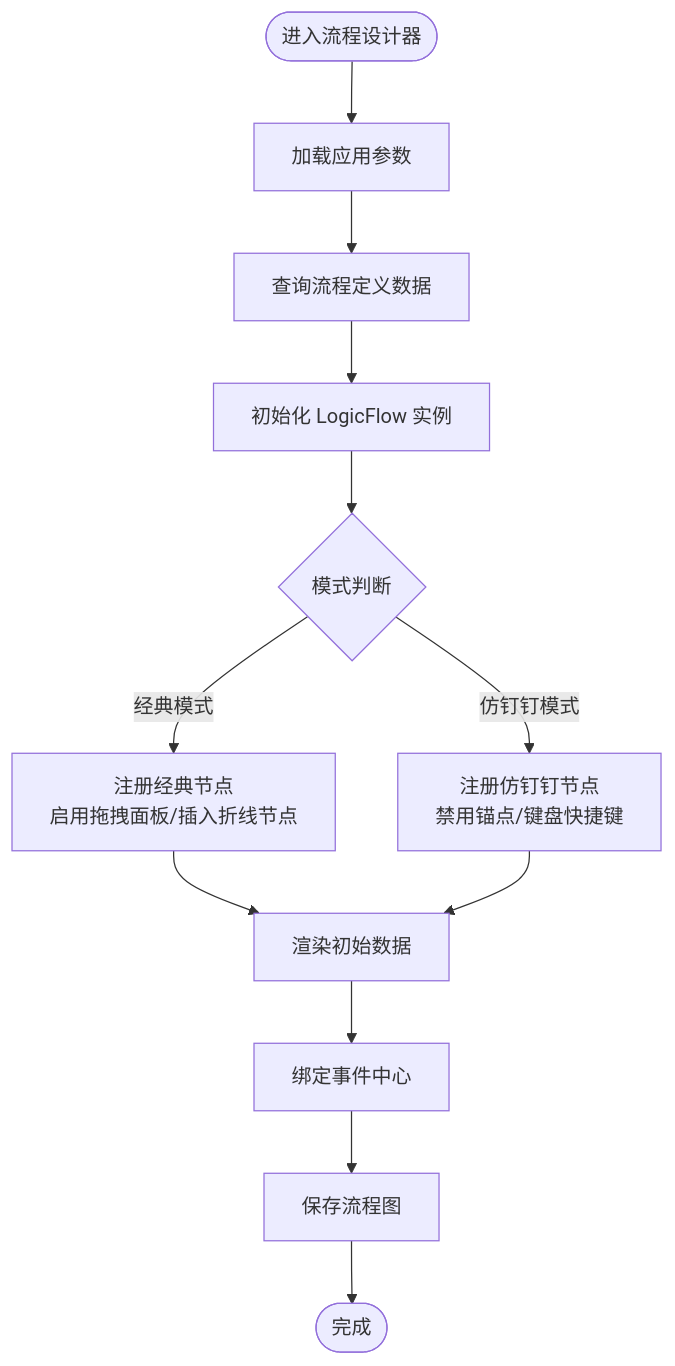
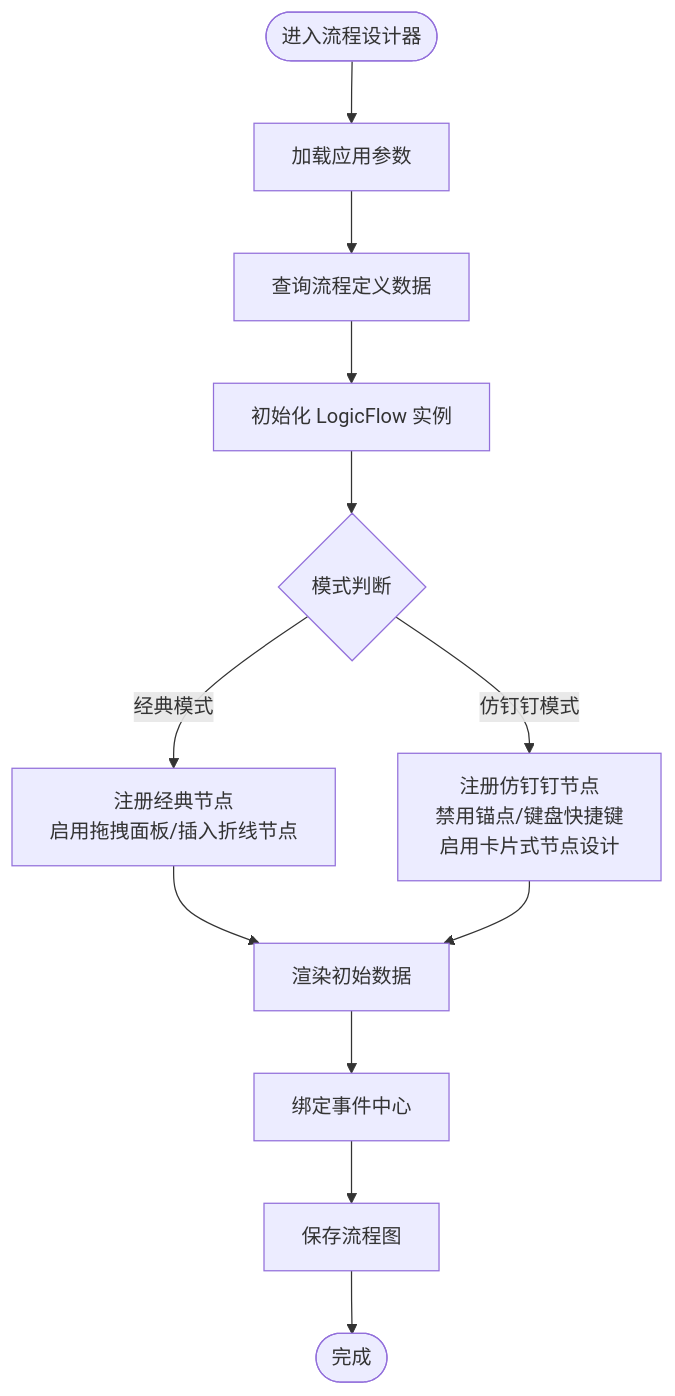
One commit to dromara/warm-flow changed the fifth of 13 diagrams in .qoder/repowiki/zh/content/可视化设计器/设计器架构设计.md. Above: the diagram before and after it, drawn with Mermaid. The commit also changed other lines of this file and 18 other files, not shown here.

````diff
--- a/.qoder/repowiki/zh/content/可视化设计器/设计器架构设计.md
+++ b/.qoder/repowiki/zh/content/可视化设计器/设计器架构设计.md
@@ -216,14 +289,14 @@
 ```mermaid
 flowchart TD
 Start(["进入流程设计器"]) --> LoadParams["加载应用参数"]
 LoadParams --> FetchData["查询流程定义数据"]
 FetchData --> InitLF["初始化 LogicFlow 实例"]
 InitLF --> Mode{"模式判断"}
 Mode --> |经典模式| Classic["注册经典节点<br/>启用拖拽面板/插入折线节点"]
-Mode --> |仿钉钉模式| Mimic["注册仿钉钉节点<br/>禁用锚点/键盘快捷键"]
+Mode --> |仿钉钉模式| Mimic["注册仿钉钉节点<br/>禁用锚点/键盘快捷键<br/>启用卡片式节点设计"]
 Classic --> Render["渲染初始数据"]
 Mimic --> Render
 Render --> Events["绑定事件中心"]
 Events --> Save["保存流程图"]
 Save --> End(["完成"])
 ```
````
